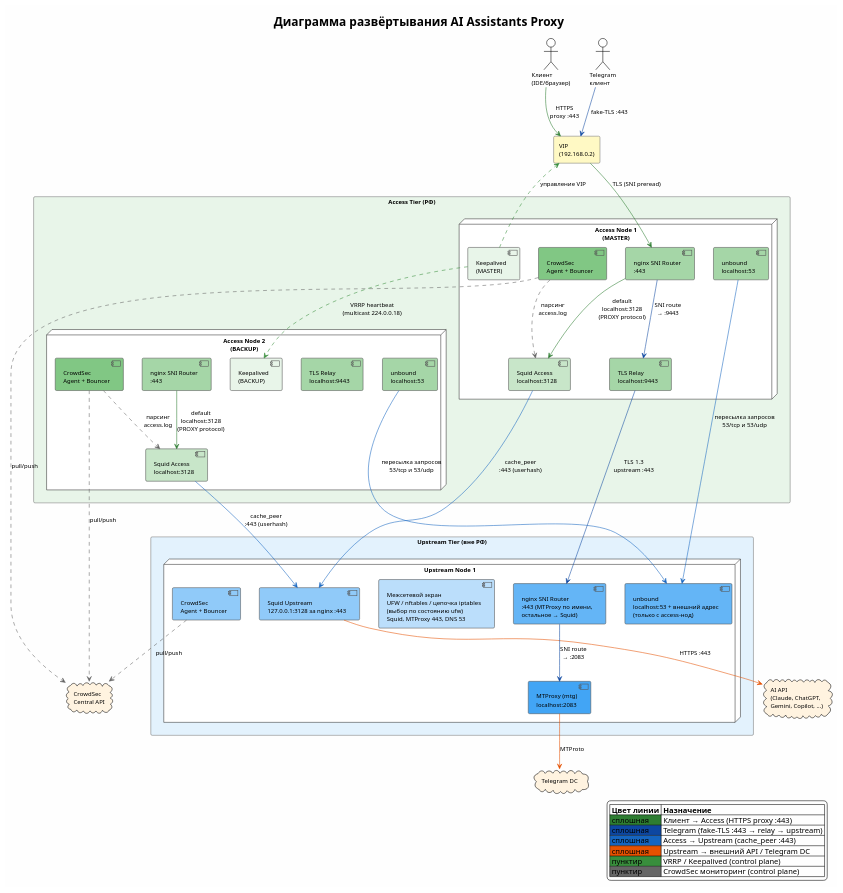
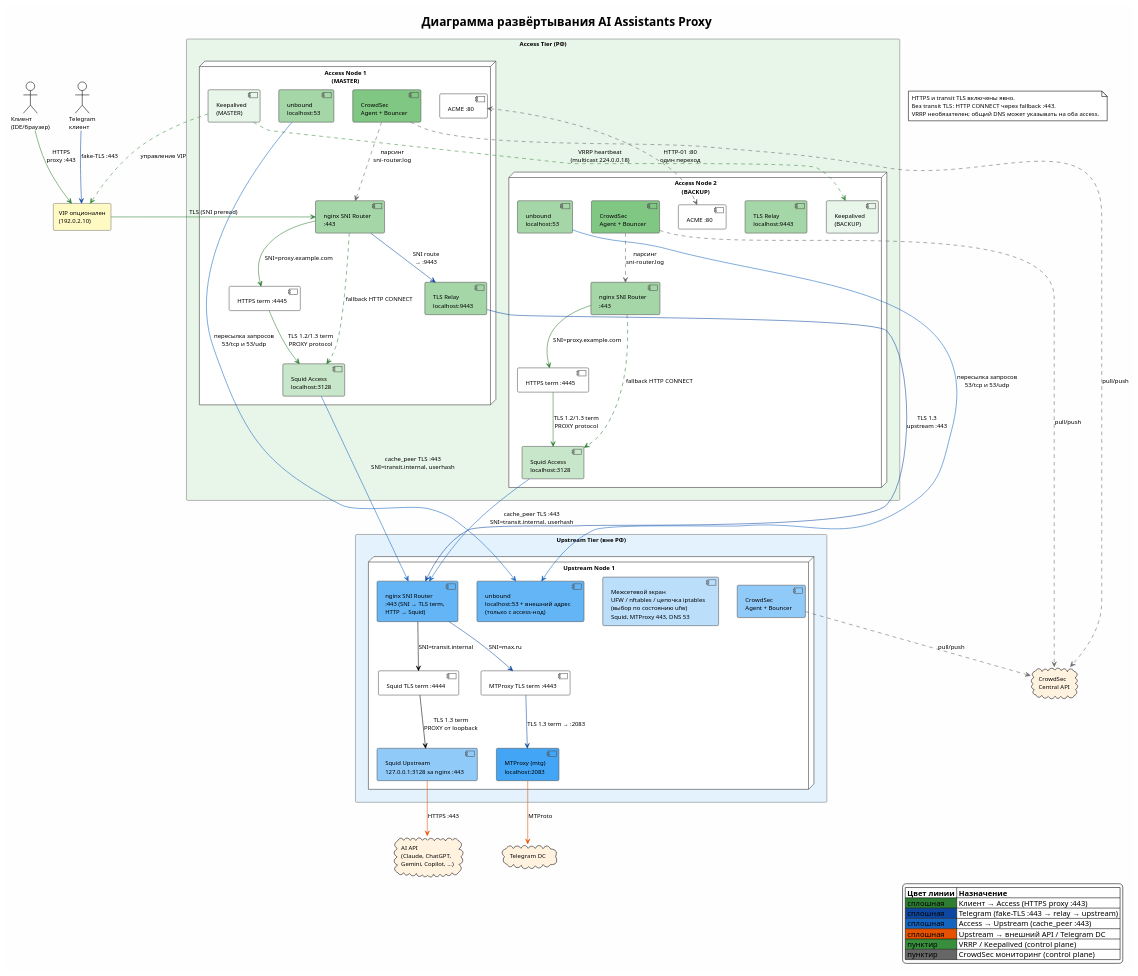
One commit to demofly/ai-proxy changed the diagram in docs/AA/TD/diagrams/TD-deployment.puml. Above: the diagram before and after it, drawn with PlantUML. The commit also changed 22 other files, not shown here.

```diff
--- a/docs/AA/TD/diagrams/TD-deployment.puml
+++ b/docs/AA/TD/diagrams/TD-deployment.puml
@@ -1,108 +1,125 @@
 @startuml TD-deployment
 !theme plain
 skinparam backgroundColor #FEFEFE
 skinparam defaultFontName "Segoe UI"
 skinparam defaultFontSize 11
 skinparam NodeBorderColor #333333
 skinparam ComponentBorderColor #555555
 skinparam RectangleBorderColor #777777
 
 title Диаграмма развёртывания AI Assistants Proxy
 
 ' --- Actors ---
 actor "Клиент\n(IDE/браузер)" as client
 actor "Telegram\nклиент" as tg_client
 
 ' --- VIP (network element) ---
-rectangle "VIP\n(192.168.0.2)" as vip #FFF9C4
+rectangle "VIP опционален\n(192.0.2.10)" as vip #FFF9C4
 
 ' --- Access Tier (РФ) ---
 rectangle "Access Tier (РФ)" as access_tier #E8F5E9 {
 
   node "Access Node 1\n(MASTER)" as an1 {
     component "nginx SNI Router\n:443" as nginx1 #A5D6A7
+    component "HTTPS term :4445" as https1
+    component "ACME :80" as acme1
     component "Squid Access\nlocalhost:3128" as squid_a1 #C8E6C9
     component "TLS Relay\nlocalhost:9443" as relay1 #A5D6A7
     component "Keepalived\n(MASTER)" as ka1 #E8F5E9
     component "CrowdSec\nAgent + Bouncer" as cs1 #81C784
     component "unbound\nlocalhost:53" as dns1 #A5D6A7
   }
 
   node "Access Node 2\n(BACKUP)" as an2 {
     component "nginx SNI Router\n:443" as nginx2 #A5D6A7
+    component "HTTPS term :4445" as https2
+    component "ACME :80" as acme2
     component "Squid Access\nlocalhost:3128" as squid_a2 #C8E6C9
     component "TLS Relay\nlocalhost:9443" as relay2 #A5D6A7
     component "Keepalived\n(BACKUP)" as ka2 #E8F5E9
     component "CrowdSec\nAgent + Bouncer" as cs2 #81C784
     component "unbound\nlocalhost:53" as dns2 #A5D6A7
   }
 }
 
 ' --- Upstream Tier (вне РФ) ---
 rectangle "Upstream Tier (вне РФ)" as upstream_tier #E3F2FD {
 
   node "Upstream Node 1" as un1 {
-    component "nginx SNI Router\n:443 (MTProxy по имени,\nостальное → Squid)" as nginx_u1 #64B5F6
+    component "nginx SNI Router\n:443 (SNI → TLS term,\nHTTP → Squid)" as nginx_u1 #64B5F6
+    component "Squid TLS term :4444" as transit_term
+    component "MTProxy TLS term :4443" as mt_term
     component "Squid Upstream\n127.0.0.1:3128 за nginx :443" as squid_u1 #90CAF9
     component "MTProxy (mtg)\nlocalhost:2083" as mtp1 #42A5F5
     component "Межсетевой экран\nUFW / nftables / цепочка iptables\n(выбор по состоянию ufw)\nSquid, MTProxy 443, DNS 53" as fw1 #BBDEFB
     component "CrowdSec\nAgent + Bouncer" as cs_u1 #90CAF9
     component "unbound\nlocalhost:53 + внешний адрес\n(только с access-нод)" as dns_u1 #64B5F6
   }
 }
 
 ' --- External ---
 cloud "AI API\n(Claude, ChatGPT,\nGemini, Copilot, ...)" as ai_api #FFF3E0
 cloud "Telegram DC" as tg_dc #FFF3E0
 cloud "CrowdSec\nCentral API" as cs_api #FFF3E0
 
 ' === Data plane connections (solid) ===
 
 ' Client -> VIP -> nginx -> Squid Access -> Squid Upstream -> AI API
 client -[#2E7D32]-> vip : HTTPS\nproxy :443
 vip -[#2E7D32]-> nginx1 : TLS (SNI preread)
 
-nginx1 -[#2E7D32]-> squid_a1 : default\nlocalhost:3128\n(PROXY protocol)
-nginx2 -[#2E7D32]-> squid_a2 : default\nlocalhost:3128\n(PROXY protocol)
+nginx1 -[#2E7D32]-> https1 : SNI=proxy.example.com
+https1 -[#2E7D32]-> squid_a1 : TLS 1.2/1.3 term\nPROXY protocol
+nginx1 -[#2E7D32,dashed]-> squid_a1 : fallback HTTP CONNECT
+nginx2 -[#2E7D32]-> https2 : SNI=proxy.example.com
+https2 -[#2E7D32]-> squid_a2 : TLS 1.2/1.3 term\nPROXY protocol
+nginx2 -[#2E7D32,dashed]-> squid_a2 : fallback HTTP CONNECT
 
-squid_a1 -[#1565C0]-> squid_u1 : cache_peer\n:443 (userhash)
-squid_a2 -[#1565C0]-> squid_u1 : cache_peer\n:443 (userhash)
+squid_a1 -[#1565C0]-> nginx_u1 : cache_peer TLS :443\nSNI=transit.internal, userhash
+squid_a2 -[#1565C0]-> nginx_u1 : cache_peer TLS :443\nSNI=transit.internal, userhash
+
+nginx_u1 --> transit_term : SNI=transit.internal
+transit_term --> squid_u1 : TLS 1.3 term\nPROXY от loopback
+acme1 <.[#666666].> acme2 : HTTP-01 :80\nодин переход
 
 squid_u1 -[#E65100]-> ai_api : HTTPS :443
 
 ' DNS: каскад резолвинга
 dns1 -[#1565C0]-> dns_u1 : пересылка запросов\n53/tcp и 53/udp
 dns2 -[#1565C0]-> dns_u1 : пересылка запросов\n53/tcp и 53/udp
 
 ' Telegram: client -> VIP -> nginx (access) -> TLS relay -> nginx (upstream) -> mtg -> Telegram DC
 tg_client -[#0D47A1]-> vip : fake-TLS :443
 nginx1 -[#0D47A1]-> relay1 : SNI route\n→ :9443
 relay1 -[#0D47A1]-> nginx_u1 : TLS 1.3\nupstream :443
-nginx_u1 -[#0D47A1]-> mtp1 : SNI route\n→ :2083
+nginx_u1 -[#0D47A1]-> mt_term : SNI=max.ru
+mt_term -[#0D47A1]-> mtp1 : TLS 1.3 term → :2083
 mtp1 -[#E65100]-> tg_dc : MTProto
 
 ' === Control plane connections (dashed) ===
 
 ' Keepalived VRRP
 ka1 .[#388E3C].> ka2 : VRRP heartbeat\n(multicast 224.0.0.18)
 ka1 .[#388E3C].> vip : управление VIP
 
 ' CrowdSec
-cs1 .[#666666].> squid_a1 : парсинг\naccess.log
-cs2 .[#666666].> squid_a2 : парсинг\naccess.log
+cs1 .[#666666].> nginx1 : парсинг\nsni-router.log
+cs2 .[#666666].> nginx2 : парсинг\nsni-router.log
 cs1 .[#666666].> cs_api : pull/push
 cs2 .[#666666].> cs_api : pull/push
 cs_u1 .[#666666].> cs_api : pull/push
 
 ' --- Легенда ---
 legend right
   |= Цвет линии |= Назначение |
   |<#2E7D32> сплошная | Клиент → Access (HTTPS proxy :443) |
   |<#0D47A1> сплошная | Telegram (fake-TLS :443 → relay → upstream) |
   |<#1565C0> сплошная | Access → Upstream (cache_peer :443) |
   |<#E65100> сплошная | Upstream → внешний API / Telegram DC |
   |<#388E3C> пунктир | VRRP / Keepalived (control plane) |
   |<#666666> пунктир | CrowdSec мониторинг (control plane) |
 end legend
 
+note "HTTPS и transit TLS включены явно.\nБез transit TLS: HTTP CONNECT через fallback :443.\nVRRP необязателен; общий DNS может указывать на оба access." as MODE
+
 @enduml
```
